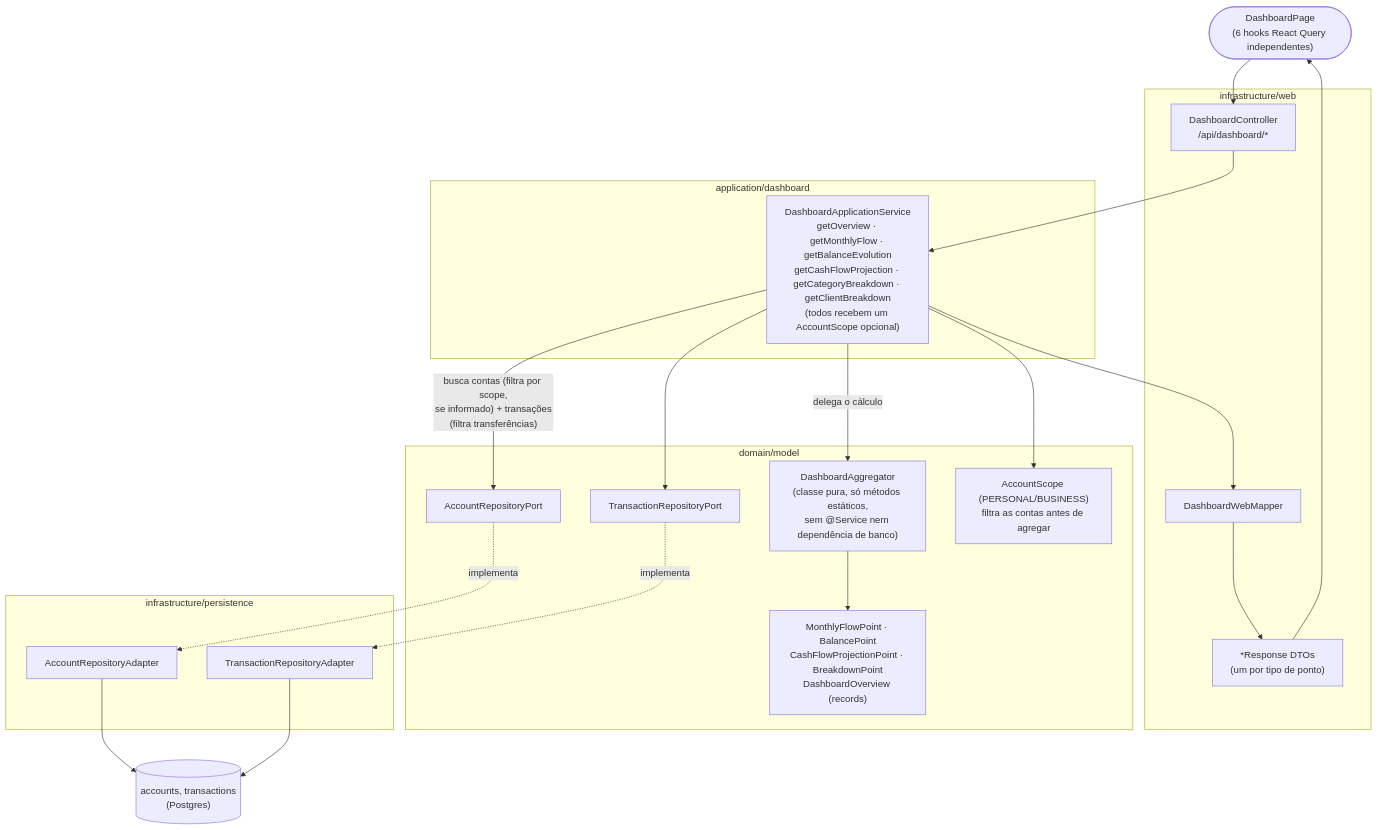
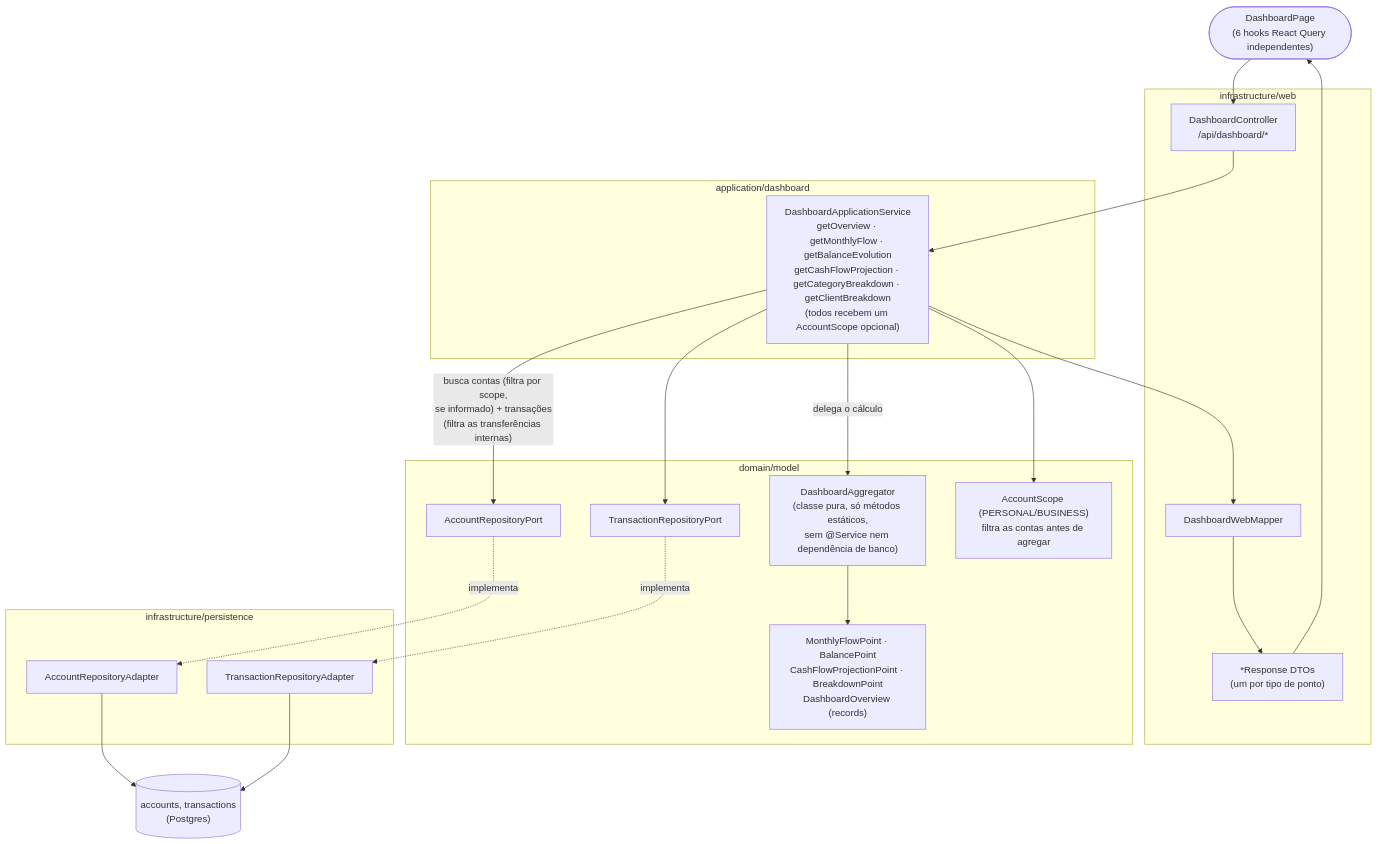
The first of 3 diagrams in docs/tecnica/fluxo-dashboard.md (leozztto/LmfFinPro), drawn with Mermaid before and after one commit. The commit also changed other lines of this file and 5 other files, not shown here.

````diff
--- a/docs/tecnica/fluxo-dashboard.md
+++ b/docs/tecnica/fluxo-dashboard.md
@@ -38,43 +38,43 @@
 ```mermaid
 flowchart TD
     Client(["DashboardPage\n(6 hooks React Query independentes)"]) --> Controller
 
     subgraph web["infrastructure/web"]
         Controller["DashboardController\n/api/dashboard/*"]
         RespDTO["*Response DTOs\n(um por tipo de ponto)"]
         WebMapper["DashboardWebMapper"]
     end
 
     subgraph application["application/dashboard"]
         Service["DashboardApplicationService\ngetOverview · getMonthlyFlow · getBalanceEvolution\ngetCashFlowProjection · getCategoryBreakdown · getClientBreakdown\n(todos recebem um AccountScope opcional)"]
     end
 
     subgraph domain["domain/model"]
         Aggregator["DashboardAggregator\n(classe pura, só métodos estáticos,\nsem @Service nem dependência de banco)"]
         Points["MonthlyFlowPoint · BalancePoint\nCashFlowProjectionPoint · BreakdownPoint\nDashboardOverview (records)"]
         AccountPort["AccountRepositoryPort"]
         TxPort["TransactionRepositoryPort"]
         Scope["AccountScope (PERSONAL/BUSINESS)\nfiltra as contas antes de agregar"]
     end
 
     subgraph infra["infrastructure/persistence"]
         AccountAdapter["AccountRepositoryAdapter"]
         TxAdapter["TransactionRepositoryAdapter"]
     end
 
     DB[("accounts, transactions\n(Postgres)")]
 
     Controller --> Service
-    Service -- "busca contas (filtra por scope,\nse informado) + transações\n(filtra transferências)" --> AccountPort
+    Service -- "busca contas (filtra por scope,\nse informado) + transações\n(filtra as transferências internas)" --> AccountPort
     Service --> TxPort
     Service --> Scope
     Service -- "delega o cálculo" --> Aggregator
     Aggregator --> Points
     AccountPort -.->|implementa| AccountAdapter
     TxPort -.->|implementa| TxAdapter
     AccountAdapter --> DB
     TxAdapter --> DB
     Service --> WebMapper
     WebMapper --> RespDTO
     RespDTO --> Client
 ```
````
